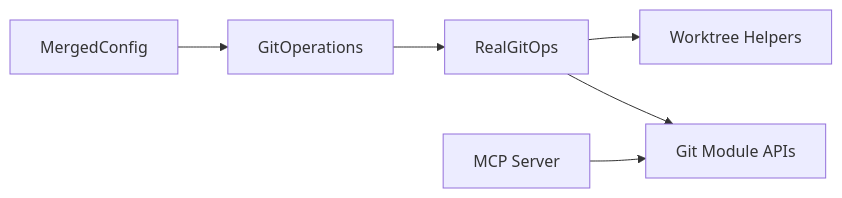
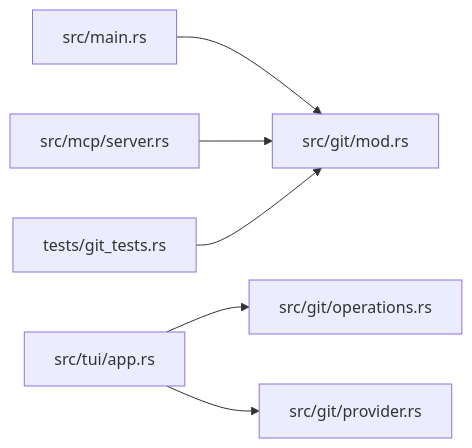
Before and after one commit to bramburn/agtx: the seventh of 7 diagrams in .qoder/repowiki/en/content/Git Integration/Git Integration.md, drawn with Mermaid. The commit also changed other lines of this file and 140 other files, not shown here.

````diff
--- a/.qoder/repowiki/en/content/Git Integration/Git Integration.md
+++ b/.qoder/repowiki/en/content/Git Integration/Git Integration.md
@@ -308,8 +279,8 @@
 ```mermaid
 graph LR
-Config["MergedConfig"] --> Ops["GitOperations"]
-Ops --> Impl["RealGitOps"]
-Impl --> Worktree["Worktree Helpers"]
-Impl --> Mod["Git Module APIs"]
-MCP["MCP Server"] --> Mod
+MAIN["src/main.rs"] --> GITMOD["src/git/mod.rs"]
+TUI["src/tui/app.rs"] --> GITOPS["src/git/operations.rs"]
+TUI --> GITHUB["src/git/provider.rs"]
+MCP["src/mcp/server.rs"] --> GITMOD
+TESTS["tests/git_tests.rs"] --> GITMOD
 ```
````
